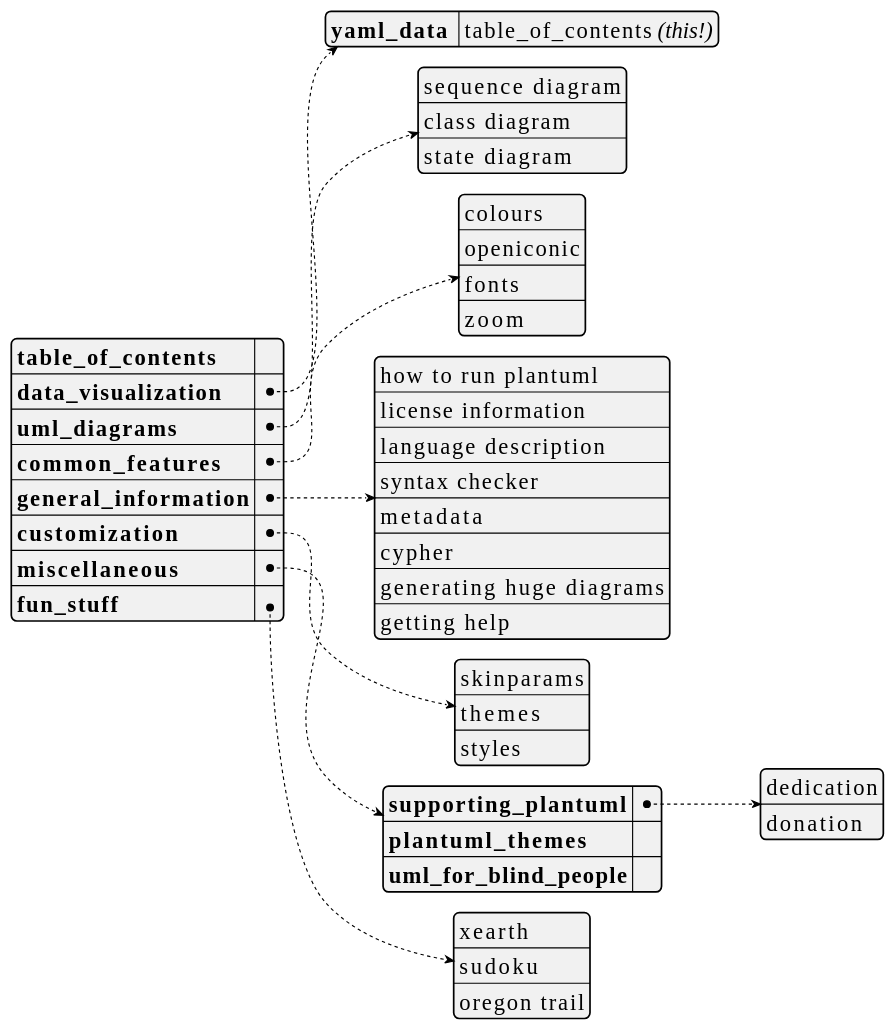
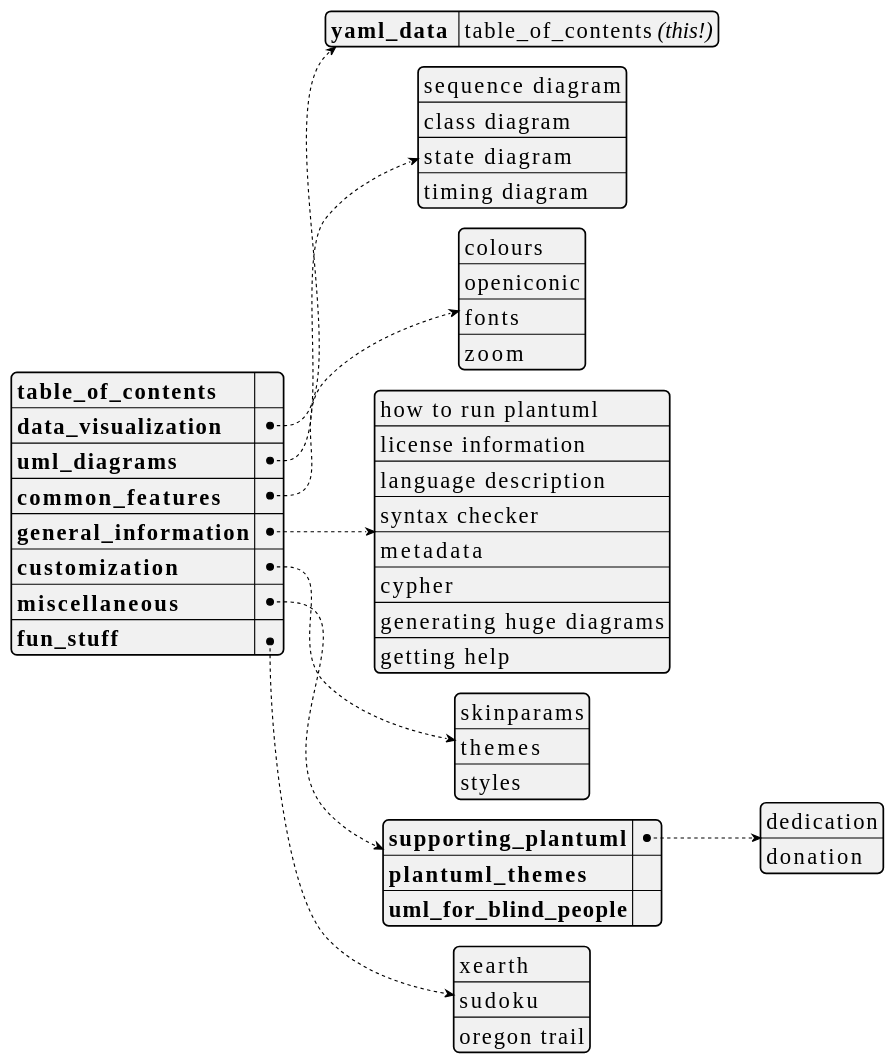
One commit to dragondive/heavens-arena changed the first of 28 diagrams in plantuml_demo.md. Above: the diagram before and after it, drawn with PlantUML. The commit also changed other lines of this file, not shown here.

Commit message:
added demo: timing diagram

````diff
--- a/plantuml_demo.md
+++ b/plantuml_demo.md
@@ -26,58 +26,59 @@
 ```plantuml
 @startyaml
 <style>
 yamlDiagram {
     node {
         ' use a constant width font because that's what developers do.
         FontName Consolas
         FontSize 20
     }
 }
 </style>
 
 /'TODO:
 It would be cool to hyperlink the entries in the table_of_contents to the
 respective section in the document. Not only would it further accentuate the
 [Medium Awareness](https://tvtropes.org/pmwiki/pmwiki.php/Main/MediumAwareness)
 of this yaml document, but also augment the
 [Anachronic Order](https://tvtropes.org/pmwiki/pmwiki.php/Main/AnachronicOrder)
 of the outer markdown document.
 '/
 
 **table_of_contents**: ""  /' workaround: empty string here to avoid dummy link '/
 data_visualization:
     yaml_data : table_of_contents //(this!)//
 uml_diagrams:
     - sequence diagram
     - class diagram
     - state diagram
+    - timing diagram
 common_features:
     - colours
     - openiconic
     - fonts
     - zoom
 general_information:
     - how to run plantuml
     - license information
     - language description
     - syntax checker
     - metadata
     - cypher
     - generating huge diagrams
     - getting help
 customization:
     - skinparams
     - themes
     - styles
 miscellaneous:
     supporting_plantuml:
         - dedication
         - donation
     plantuml_themes: ""
     uml_for_blind_people: ""
 fun_stuff:
     - xearth
     - sudoku
     - oregon trail
 @endyaml
 ```
````
